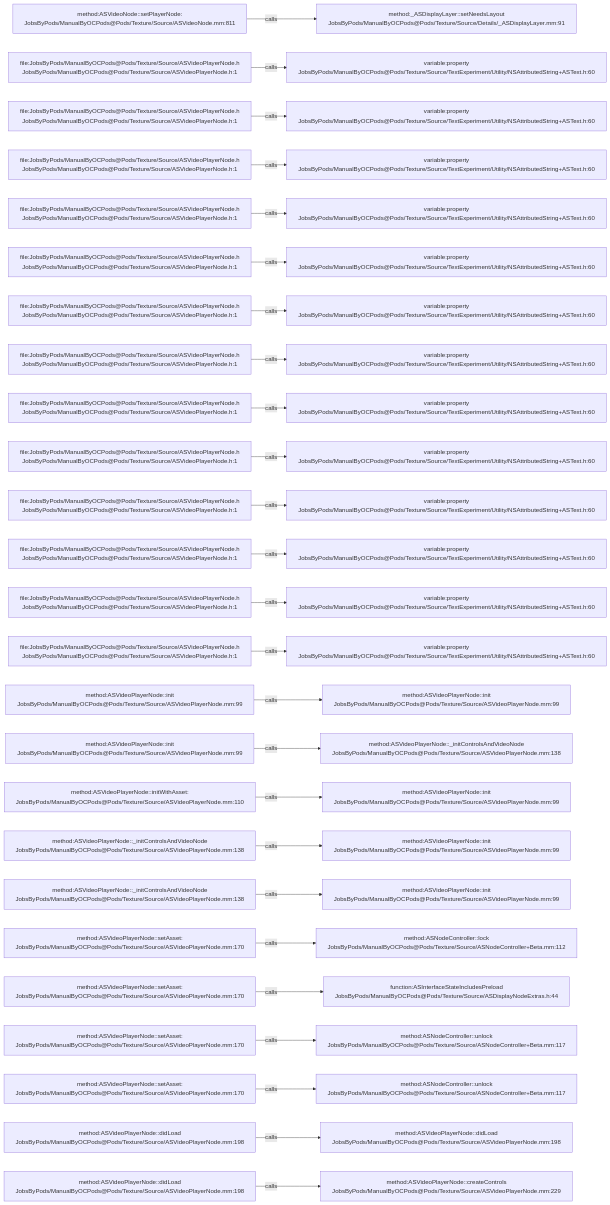
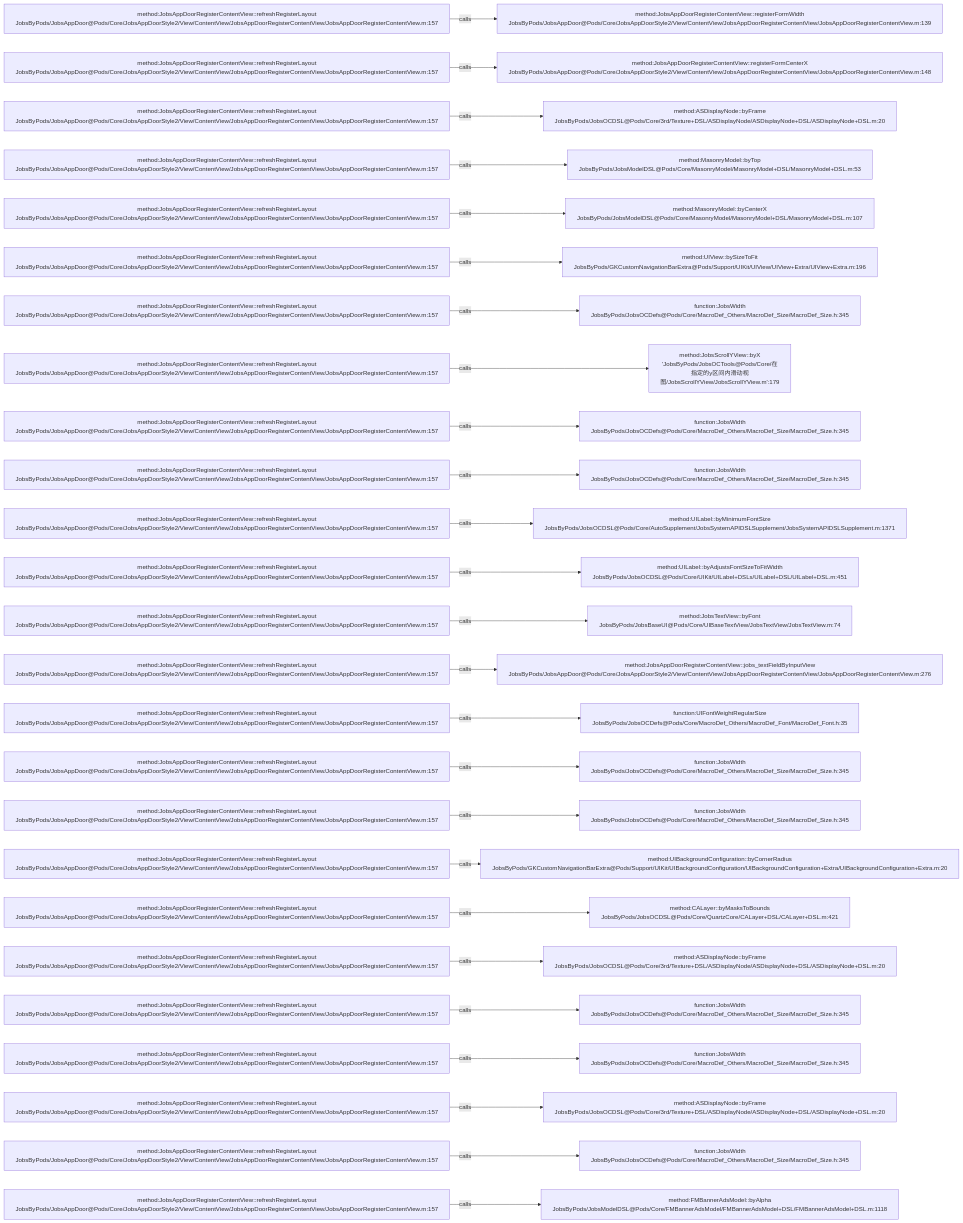
The diagram in .codegraph/codegraph.md/graphs/calls-129.md (JobsKits/JobsOCBaseConfigDemo), drawn with Mermaid before and after one commit. The commit also changed 768 other files, not shown here.

````diff
--- a/.codegraph/codegraph.md/graphs/calls-129.md
+++ b/.codegraph/codegraph.md/graphs/calls-129.md
@@ -13,78 +13,78 @@
 ```mermaid
 flowchart LR
-  S1["method:ASVideoNode::setPlayerNode:<br/>JobsByPods/ManualByOCPods@Pods/Texture/Source/ASVideoNode.mm:811"]
-  T1["method:_ASDisplayLayer::setNeedsLayout<br/>JobsByPods/ManualByOCPods@Pods/Texture/Source/Details/_ASDisplayLayer.mm:91"]
+  S1["method:JobsAppDoorRegisterContentView::refreshRegisterLayout<br/>JobsByPods/JobsAppDoor@Pods/Core/JobsAppDoorStyle2/View/ContentView/JobsAppDoorRegisterContentView/JobsAppDoorRegisterContentView.m:157"]
+  T1["method:JobsAppDoorRegisterContentView::registerFormWidth<br/>JobsByPods/JobsAppDoor@Pods/Core/JobsAppDoorStyle2/View/ContentView/JobsAppDoorRegisterContentView/JobsAppDoorRegisterContentView.m:139"]
   S1 -->|calls| T1
-  S2["file:JobsByPods/ManualByOCPods@Pods/Texture/Source/ASVideoPlayerNode.h<br/>JobsByPods/ManualByOCPods@Pods/Texture/Source/ASVideoPlayerNode.h:1"]
-  T2["variable:property<br/>JobsByPods/ManualByOCPods@Pods/Texture/Source/TextExperiment/Utility/NSAttributedString+ASText.h:60"]
+  S2["method:JobsAppDoorRegisterContentView::refreshRegisterLayout<br/>JobsByPods/JobsAppDoor@Pods/Core/JobsAppDoorStyle2/View/ContentView/JobsAppDoorRegisterContentView/JobsAppDoorRegisterContentView.m:157"]
+  T2["method:JobsAppDoorRegisterContentView::registerFormCenterX<br/>JobsByPods/JobsAppDoor@Pods/Core/JobsAppDoorStyle2/View/ContentView/JobsAppDoorRegisterContentView/JobsAppDoorRegisterContentView.m:148"]
   S2 -->|calls| T2
-  S3["file:JobsByPods/ManualByOCPods@Pods/Texture/Source/ASVideoPlayerNode.h<br/>JobsByPods/ManualByOCPods@Pods/Texture/Source/ASVideoPlayerNode.h:1"]
-  T3["variable:property<br/>JobsByPods/ManualByOCPods@Pods/Texture/Source/TextExperiment/Utility/NSAttributedString+ASText.h:60"]
+  S3["method:JobsAppDoorRegisterContentView::refreshRegisterLayout<br/>JobsByPods/JobsAppDoor@Pods/Core/JobsAppDoorStyle2/View/ContentView/JobsAppDoorRegisterContentView/JobsAppDoorRegisterContentView.m:157"]
+  T3["method:ASDisplayNode::byFrame<br/>JobsByPods/JobsOCDSL@Pods/Core/3rd/Texture+DSL/ASDisplayNode/ASDisplayNode+DSL/ASDisplayNode+DSL.m:20"]
   S3 -->|calls| T3
-  S4["file:JobsByPods/ManualByOCPods@Pods/Texture/Source/ASVideoPlayerNode.h<br/>JobsByPods/ManualByOCPods@Pods/Texture/Source/ASVideoPlayerNode.h:1"]
-  T4["variable:property<br/>JobsByPods/ManualByOCPods@Pods/Texture/Source/TextExperiment/Utility/NSAttributedString+ASText.h:60"]
+  S4["method:JobsAppDoorRegisterContentView::refreshRegisterLayout<br/>JobsByPods/JobsAppDoor@Pods/Core/JobsAppDoorStyle2/View/ContentView/JobsAppDoorRegisterContentView/JobsAppDoorRegisterContentView.m:157"]
+  T4["method:MasonryModel::byTop<br/>JobsByPods/JobsModelDSL@Pods/Core/MasonryModel/MasonryModel+DSL/MasonryModel+DSL.m:53"]
   S4 -->|calls| T4
-  S5["file:JobsByPods/ManualByOCPods@Pods/Texture/Source/ASVideoPlayerNode.h<br/>JobsByPods/ManualByOCPods@Pods/Texture/Source/ASVideoPlayerNode.h:1"]
-  T5["variable:property<br/>JobsByPods/ManualByOCPods@Pods/Texture/Source/TextExperiment/Utility/NSAttributedString+ASText.h:60"]
+  S5["method:JobsAppDoorRegisterContentView::refreshRegisterLayout<br/>JobsByPods/JobsAppDoor@Pods/Core/JobsAppDoorStyle2/View/ContentView/JobsAppDoorRegisterContentView/JobsAppDoorRegisterContentView.m:157"]
+  T5["method:MasonryModel::byCenterX<br/>JobsByPods/JobsModelDSL@Pods/Core/MasonryModel/MasonryModel+DSL/MasonryModel+DSL.m:107"]
   S5 -->|calls| T5
-  S6["file:JobsByPods/ManualByOCPods@Pods/Texture/Source/ASVideoPlayerNode.h<br/>JobsByPods/ManualByOCPods@Pods/Texture/Source/ASVideoPlayerNode.h:1"]
-  T6["variable:property<br/>JobsByPods/ManualByOCPods@Pods/Texture/Source/TextExperiment/Utility/NSAttributedString+ASText.h:60"]
+  S6["method:JobsAppDoorRegisterContentView::refreshRegisterLayout<br/>JobsByPods/JobsAppDoor@Pods/Core/JobsAppDoorStyle2/View/ContentView/JobsAppDoorRegisterContentView/JobsAppDoorRegisterContentView.m:157"]
+  T6["method:UIView::bySizeToFit<br/>JobsByPods/GKCustomNavigationBarExtra@Pods/Support/UIKit/UIView/UIView+Extra/UIView+Extra.m:196"]
   S6 -->|calls| T6
-  S7["file:JobsByPods/ManualByOCPods@Pods/Texture/Source/ASVideoPlayerNode.h<br/>JobsByPods/ManualByOCPods@Pods/Texture/Source/ASVideoPlayerNode.h:1"]
-  T7["variable:property<br/>JobsByPods/ManualByOCPods@Pods/Texture/Source/TextExperiment/Utility/NSAttributedString+ASText.h:60"]
+  S7["method:JobsAppDoorRegisterContentView::refreshRegisterLayout<br/>JobsByPods/JobsAppDoor@Pods/Core/JobsAppDoorStyle2/View/ContentView/JobsAppDoorRegisterContentView/JobsAppDoorRegisterContentView.m:157"]
+  T7["function:JobsWidth<br/>JobsByPods/JobsOCDefs@Pods/Core/MacroDef_Others/MacroDef_Size/MacroDef_Size.h:345"]
   S7 -->|calls| T7
-  S8["file:JobsByPods/ManualByOCPods@Pods/Texture/Source/ASVideoPlayerNode.h<br/>JobsByPods/ManualByOCPods@Pods/Texture/Source/ASVideoPlayerNode.h:1"]
-  T8["variable:property<br/>JobsByPods/ManualByOCPods@Pods/Texture/Source/TextExperiment/Utility/NSAttributedString+ASText.h:60"]
+  S8["method:JobsAppDoorRegisterContentView::refreshRegisterLayout<br/>JobsByPods/JobsAppDoor@Pods/Core/JobsAppDoorStyle2/View/ContentView/JobsAppDoorRegisterContentView/JobsAppDoorRegisterContentView.m:157"]
+  T8["method:JobsScrollYView::byX<br/>'JobsByPods/JobsOCTools@Pods/Core/在指定的y区间内滑动视图/JobsScrollYView/JobsScrollYView.m':179"]
   S8 -->|calls| T8
-  S9["file:JobsByPods/ManualByOCPods@Pods/Texture/Source/ASVideoPlayerNode.h<br/>JobsByPods/ManualByOCPods@Pods/Texture/Source/ASVideoPlayerNode.h:1"]
-  T9["variable:property<br/>JobsByPods/ManualByOCPods@Pods/Texture/Source/TextExperiment/Utility/NSAttributedString+ASText.h:60"]
+  S9["method:JobsAppDoorRegisterContentView::refreshRegisterLayout<br/>JobsByPods/JobsAppDoor@Pods/Core/JobsAppDoorStyle2/View/ContentView/JobsAppDoorRegisterContentView/JobsAppDoorRegisterContentView.m:157"]
+  T9["function:JobsWidth<br/>JobsByPods/JobsOCDefs@Pods/Core/MacroDef_Others/MacroDef_Size/MacroDef_Size.h:345"]
   S9 -->|calls| T9
-  S10["file:JobsByPods/ManualByOCPods@Pods/Texture/Source/ASVideoPlayerNode.h<br/>JobsByPods/ManualByOCPods@Pods/Texture/Source/ASVideoPlayerNode.h:1"]
-  T10["variable:property<br/>JobsByPods/ManualByOCPods@Pods/Texture/Source/TextExperiment/Utility/NSAttributedString+ASText.h:60"]
+  S10["method:JobsAppDoorRegisterContentView::refreshRegisterLayout<br/>JobsByPods/JobsAppDoor@Pods/Core/JobsAppDoorStyle2/View/ContentView/JobsAppDoorRegisterContentView/JobsAppDoorRegisterContentView.m:157"]
+  T10["function:JobsWidth<br/>JobsByPods/JobsOCDefs@Pods/Core/MacroDef_Others/MacroDef_Size/MacroDef_Size.h:345"]
   S10 -->|calls| T10
-  S11["file:JobsByPods/ManualByOCPods@Pods/Texture/Source/ASVideoPlayerNode.h<br/>JobsByPods/ManualByOCPods@Pods/Texture/Source/ASVideoPlayerNode.h:1"]
-  T11["variable:property<br/>JobsByPods/ManualByOCPods@Pods/Texture/Source/TextExperiment/Utility/NSAttributedString+ASText.h:60"]
+  S11["method:JobsAppDoorRegisterContentView::refreshRegisterLayout<br/>JobsByPods/JobsAppDoor@Pods/Core/JobsAppDoorStyle2/View/ContentView/JobsAppDoorRegisterContentView/JobsAppDoorRegisterContentView.m:157"]
+  T11["method:UILabel::byMinimumFontSize<br/>JobsByPods/JobsOCDSL@Pods/Core/AutoSupplement/JobsSystemAPIDSLSupplement/JobsSystemAPIDSLSupplement.m:1371"]
   S11 -->|calls| T11
-  S12["file:JobsByPods/ManualByOCPods@Pods/Texture/Source/ASVideoPlayerNode.h<br/>JobsByPods/ManualByOCPods@Pods/Texture/Source/ASVideoPlayerNode.h:1"]
-  T12["variable:property<br/>JobsByPods/ManualByOCPods@Pods/Texture/Source/TextExperiment/Utility/NSAttributedString+ASText.h:60"]
+  S12["method:JobsAppDoorRegisterContentView::refreshRegisterLayout<br/>JobsByPods/JobsAppDoor@Pods/Core/JobsAppDoorStyle2/View/ContentView/JobsAppDoorRegisterContentView/JobsAppDoorRegisterContentView.m:157"]
+  T12["method:UILabel::byAdjustsFontSizeToFitWidth<br/>JobsByPods/JobsOCDSL@Pods/Core/UIKit/UILabel+DSLs/UILabel+DSL/UILabel+DSL.m:451"]
   S12 -->|calls| T12
-  S13["file:JobsByPods/ManualByOCPods@Pods/Texture/Source/ASVideoPlayerNode.h<br/>JobsByPods/ManualByOCPods@Pods/Texture/Source/ASVideoPlayerNode.h:1"]
-  T13["variable:property<br/>JobsByPods/ManualByOCPods@Pods/Texture/Source/TextExperiment/Utility/NSAttributedString+ASText.h:60"]
+  S13["method:JobsAppDoorRegisterContentView::refreshRegisterLayout<br/>JobsByPods/JobsAppDoor@Pods/Core/JobsAppDoorStyle2/View/ContentView/JobsAppDoorRegisterContentView/JobsAppDoorRegisterContentView.m:157"]
+  T13["method:JobsTextView::byFont<br/>JobsByPods/JobsBaseUI@Pods/Core/UIBaseTextView/JobsTextView/JobsTextView.m:74"]
   S13 -->|calls| T13
-  S14["file:JobsByPods/ManualByOCPods@Pods/Texture/Source/ASVideoPlayerNode.h<br/>JobsByPods/ManualByOCPods@Pods/Texture/Source/ASVideoPlayerNode.h:1"]
-  T14["variable:property<br/>JobsByPods/ManualByOCPods@Pods/Texture/Source/TextExperiment/Utility/NSAttributedString+ASText.h:60"]
+  S14["method:JobsAppDoorRegisterContentView::refreshRegisterLayout<br/>JobsByPods/JobsAppDoor@Pods/Core/JobsAppDoorStyle2/View/ContentView/JobsAppDoorRegisterContentView/JobsAppDoorRegisterContentView.m:157"]
+  T14["method:JobsAppDoorRegisterContentView::jobs_textFieldByInputView<br/>JobsByPods/JobsAppDoor@Pods/Core/JobsAppDoorStyle2/View/ContentView/JobsAppDoorRegisterContentView/JobsAppDoorRegisterContentView.m:276"]
   S14 -->|calls| T14
-  S15["method:ASVideoPlayerNode::init<br/>JobsByPods/ManualByOCPods@Pods/Texture/Source/ASVideoPlayerNode.mm:99"]
-  T15["method:ASVideoPlayerNode::init<br/>JobsByPods/ManualByOCPods@Pods/Texture/Source/ASVideoPlayerNode.mm:99"]
+  S15["method:JobsAppDoorRegisterContentView::refreshRegisterLayout<br/>JobsByPods/JobsAppDoor@Pods/Core/JobsAppDoorStyle2/View/ContentView/JobsAppDoorRegisterContentView/JobsAppDoorRegisterContentView.m:157"]
+  T15["function:UIFontWeightRegularSize<br/>JobsByPods/JobsOCDefs@Pods/Core/MacroDef_Others/MacroDef_Font/MacroDef_Font.h:35"]
   S15 -->|calls| T15
-  S16["method:ASVideoPlayerNode::init<br/>JobsByPods/ManualByOCPods@Pods/Texture/Source/ASVideoPlayerNode.mm:99"]
-  T16["method:ASVideoPlayerNode::_initControlsAndVideoNode<br/>JobsByPods/ManualByOCPods@Pods/Texture/Source/ASVideoPlayerNode.mm:138"]
+  S16["method:JobsAppDoorRegisterContentView::refreshRegisterLayout<br/>JobsByPods/JobsAppDoor@Pods/Core/JobsAppDoorStyle2/View/ContentView/JobsAppDoorRegisterContentView/JobsAppDoorRegisterContentView.m:157"]
+  T16["function:JobsWidth<br/>JobsByPods/JobsOCDefs@Pods/Core/MacroDef_Others/MacroDef_Size/MacroDef_Size.h:345"]
   S16 -->|calls| T16
-  S17["method:ASVideoPlayerNode::initWithAsset:<br/>JobsByPods/ManualByOCPods@Pods/Texture/Source/ASVideoPlayerNode.mm:110"]
-  T17["method:ASVideoPlayerNode::init<br/>JobsByPods/ManualByOCPods@Pods/Texture/Source/ASVideoPlayerNode.mm:99"]
+  S17["method:JobsAppDoorRegisterContentView::refreshRegisterLayout<br/>JobsByPods/JobsAppDoor@Pods/Core/JobsAppDoorStyle2/View/ContentView/JobsAppDoorRegisterContentView/JobsAppDoorRegisterContentView.m:157"]
+  T17["function:JobsWidth<br/>JobsByPods/JobsOCDefs@Pods/Core/MacroDef_Others/MacroDef_Size/MacroDef_Size.h:345"]
   S17 -->|calls| T17
-  S18["method:ASVideoPlayerNode::_initControlsAndVideoNode<br/>JobsByPods/ManualByOCPods@Pods/Texture/Source/ASVideoPlayerNode.mm:138"]
-  T18["method:ASVideoPlayerNode::init<br/>JobsByPods/ManualByOCPods@Pods/Texture/Source/ASVideoPlayerNode.mm:99"]
+  S18["method:JobsAppDoorRegisterContentView::refreshRegisterLayout<br/>JobsByPods/JobsAppDoor@Pods/Core/JobsAppDoorStyle2/View/ContentView/JobsAppDoorRegisterContentView/JobsAppDoorRegisterContentView.m:157"]
+  T18["method:UIBackgroundConfiguration::byCornerRadius<br/>JobsByPods/GKCustomNavigationBarExtra@Pods/Support/UIKit/UIBackgroundConfiguration/UIBackgroundConfiguration+Extra/UIBackgroundConfiguration+Extra.m:20"]
   S18 -->|calls| T18
-  S19["method:ASVideoPlayerNode::_initControlsAndVideoNode<br/>JobsByPods/ManualByOCPods@Pods/Texture/Source/ASVideoPlayerNode.mm:138"]
-  T19["method:ASVideoPlayerNode::init<br/>JobsByPods/ManualByOCPods@Pods/Texture/Source/ASVideoPlayerNode.mm:99"]
+  S19["method:JobsAppDoorRegisterContentView::refreshRegisterLayout<br/>JobsByPods/JobsAppDoor@Pods/Core/JobsAppDoorStyle2/View/ContentView/JobsAppDoorRegisterContentView/JobsAppDoorRegisterContentView.m:157"]
+  T19["method:CALayer::byMasksToBounds<br/>JobsByPods/JobsOCDSL@Pods/Core/QuartzCore/CALayer+DSL/CALayer+DSL.m:421"]
   S19 -->|calls| T19
-  S20["method:ASVideoPlayerNode::setAsset:<br/>JobsByPods/ManualByOCPods@Pods/Texture/Source/ASVideoPlayerNode.mm:170"]
-  T20["method:ASNodeController::lock<br/>JobsByPods/ManualByOCPods@Pods/Texture/Source/ASNodeController+Beta.mm:112"]
+  S20["method:JobsAppDoorRegisterContentView::refreshRegisterLayout<br/>JobsByPods/JobsAppDoor@Pods/Core/JobsAppDoorStyle2/View/ContentView/JobsAppDoorRegisterContentView/JobsAppDoorRegisterContentView.m:157"]
+  T20["method:ASDisplayNode::byFrame<br/>JobsByPods/JobsOCDSL@Pods/Core/3rd/Texture+DSL/ASDisplayNode/ASDisplayNode+DSL/ASDisplayNode+DSL.m:20"]
   S20 -->|calls| T20
-  S21["method:ASVideoPlayerNode::setAsset:<br/>JobsByPods/ManualByOCPods@Pods/Texture/Source/ASVideoPlayerNode.mm:170"]
-  T21["function:ASInterfaceStateIncludesPreload<br/>JobsByPods/ManualByOCPods@Pods/Texture/Source/ASDisplayNodeExtras.h:44"]
+  S21["method:JobsAppDoorRegisterContentView::refreshRegisterLayout<br/>JobsByPods/JobsAppDoor@Pods/Core/JobsAppDoorStyle2/View/ContentView/JobsAppDoorRegisterContentView/JobsAppDoorRegisterContentView.m:157"]
+  T21["function:JobsWidth<br/>JobsByPods/JobsOCDefs@Pods/Core/MacroDef_Others/MacroDef_Size/MacroDef_Size.h:345"]
   S21 -->|calls| T21
-  S22["method:ASVideoPlayerNode::setAsset:<br/>JobsByPods/ManualByOCPods@Pods/Texture/Source/ASVideoPlayerNode.mm:170"]
-  T22["method:ASNodeController::unlock<br/>JobsByPods/ManualByOCPods@Pods/Texture/Source/ASNodeController+Beta.mm:117"]
+  S22["method:JobsAppDoorRegisterContentView::refreshRegisterLayout<br/>JobsByPods/JobsAppDoor@Pods/Core/JobsAppDoorStyle2/View/ContentView/JobsAppDoorRegisterContentView/JobsAppDoorRegisterContentView.m:157"]
+  T22["function:JobsWidth<br/>JobsByPods/JobsOCDefs@Pods/Core/MacroDef_Others/MacroDef_Size/MacroDef_Size.h:345"]
   S22 -->|calls| T22
-  S23["method:ASVideoPlayerNode::setAsset:<br/>JobsByPods/ManualByOCPods@Pods/Texture/Source/ASVideoPlayerNode.mm:170"]
-  T23["method:ASNodeController::unlock<br/>JobsByPods/ManualByOCPods@Pods/Texture/Source/ASNodeController+Beta.mm:117"]
+  S23["method:JobsAppDoorRegisterContentView::refreshRegisterLayout<br/>JobsByPods/JobsAppDoor@Pods/Core/JobsAppDoorStyle2/View/ContentView/JobsAppDoorRegisterContentView/JobsAppDoorRegisterContentView.m:157"]
+  T23["method:ASDisplayNode::byFrame<br/>JobsByPods/JobsOCDSL@Pods/Core/3rd/Texture+DSL/ASDisplayNode/ASDisplayNode+DSL/ASDisplayNode+DSL.m:20"]
   S23 -->|calls| T23
-  S24["method:ASVideoPlayerNode::didLoad<br/>JobsByPods/ManualByOCPods@Pods/Texture/Source/ASVideoPlayerNode.mm:198"]
-  T24["method:ASVideoPlayerNode::didLoad<br/>JobsByPods/ManualByOCPods@Pods/Texture/Source/ASVideoPlayerNode.mm:198"]
+  S24["method:JobsAppDoorRegisterContentView::refreshRegisterLayout<br/>JobsByPods/JobsAppDoor@Pods/Core/JobsAppDoorStyle2/View/ContentView/JobsAppDoorRegisterContentView/JobsAppDoorRegisterContentView.m:157"]
+  T24["function:JobsWidth<br/>JobsByPods/JobsOCDefs@Pods/Core/MacroDef_Others/MacroDef_Size/MacroDef_Size.h:345"]
   S24 -->|calls| T24
-  S25["method:ASVideoPlayerNode::didLoad<br/>JobsByPods/ManualByOCPods@Pods/Texture/Source/ASVideoPlayerNode.mm:198"]
-  T25["method:ASVideoPlayerNode::createControls<br/>JobsByPods/ManualByOCPods@Pods/Texture/Source/ASVideoPlayerNode.mm:229"]
+  S25["method:JobsAppDoorRegisterContentView::refreshRegisterLayout<br/>JobsByPods/JobsAppDoor@Pods/Core/JobsAppDoorStyle2/View/ContentView/JobsAppDoorRegisterContentView/JobsAppDoorRegisterContentView.m:157"]
+  T25["method:FMBannerAdsModel::byAlpha<br/>JobsByPods/JobsModelDSL@Pods/Core/FMBannerAdsModel/FMBannerAdsModel+DSL/FMBannerAdsModel+DSL.m:1118"]
   S25 -->|calls| T25
 ```
````
